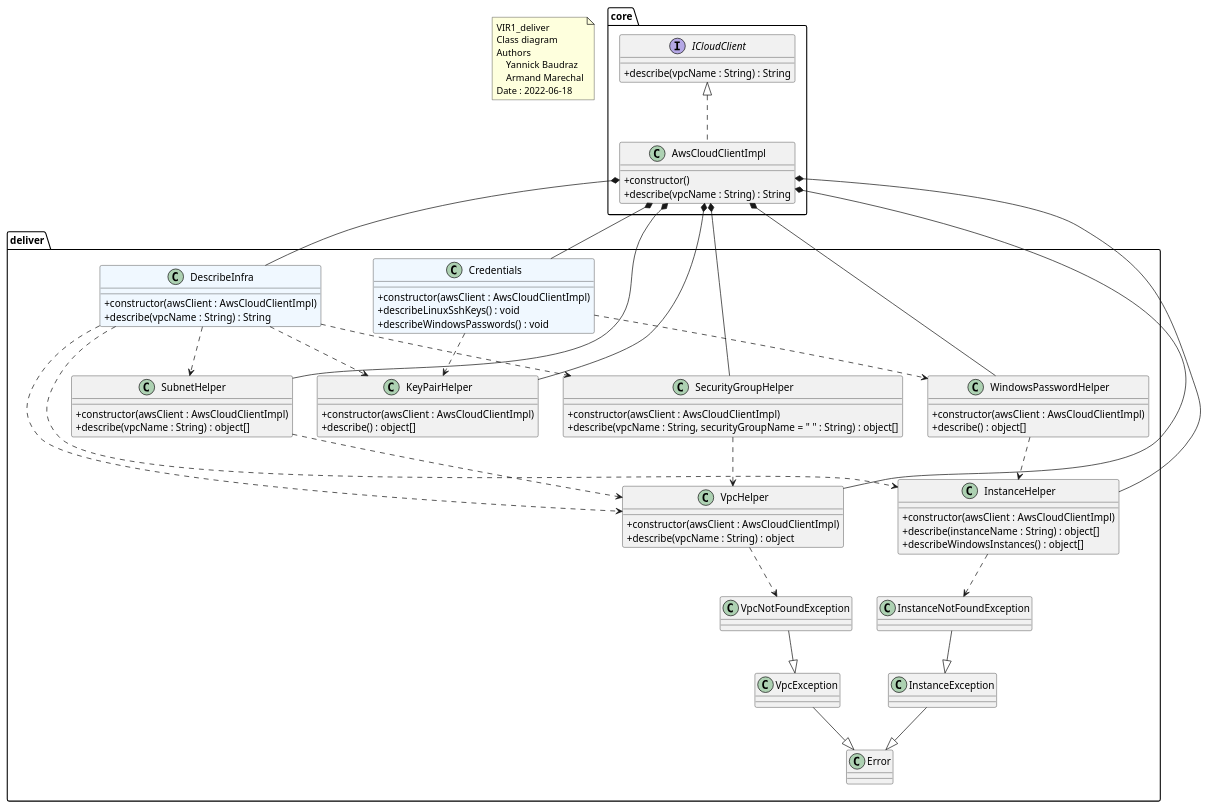
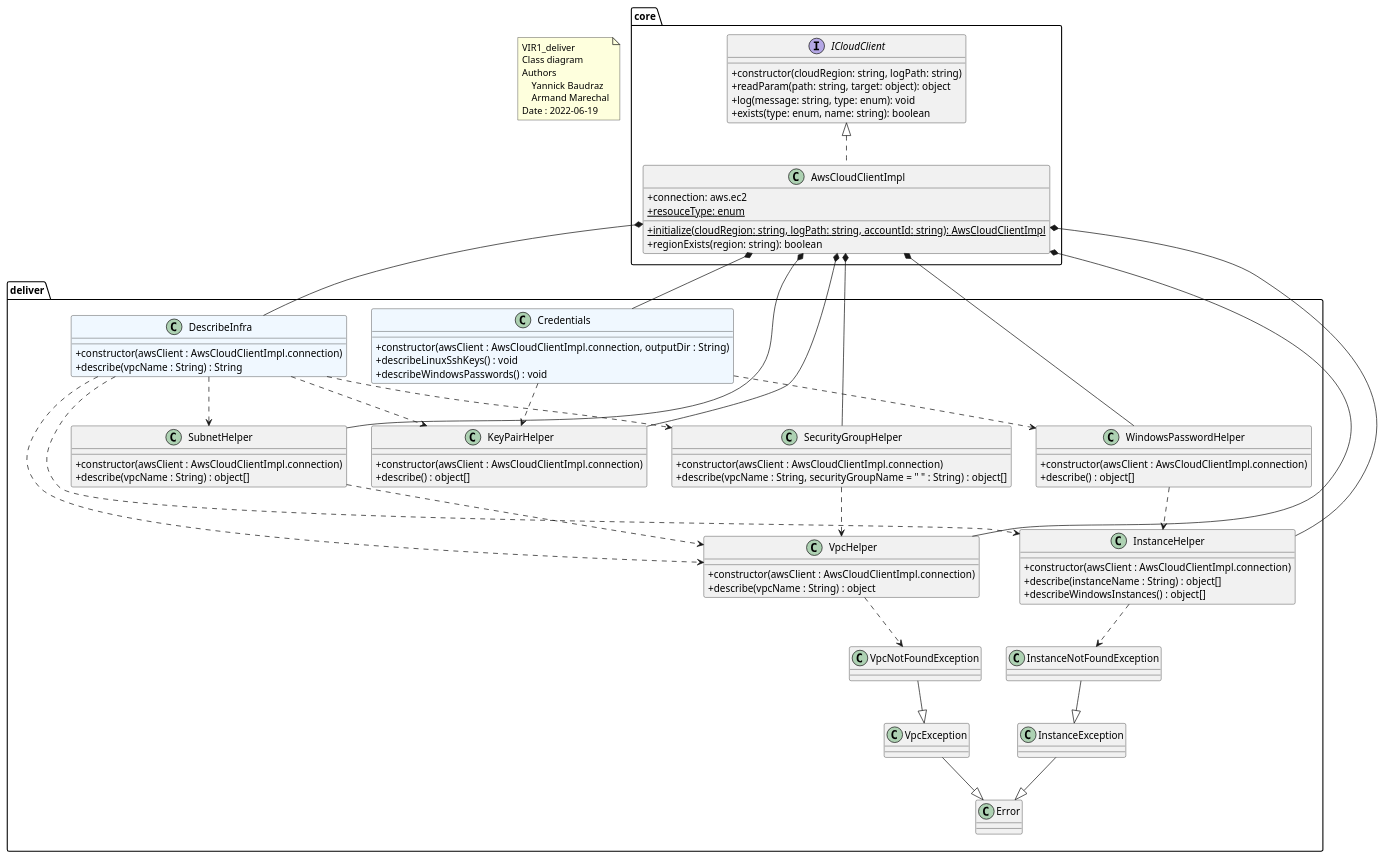
One commit to NicolasGlassey/VIR1-Deliver changed the diagram in docs/classes/class_deliver.puml. Above: the diagram before and after it, drawn with PlantUML. The commit also changed 2 other files, not shown here.

Commit message:
Update UML diagrams
Little spell fix

```diff
--- a/docs/classes/class_deliver.puml
+++ b/docs/classes/class_deliver.puml
@@ -1,106 +1,112 @@
 @startuml
 skinparam classAttributeIconSize 0
 
 note as t1
 VIR1_deliver
 Class diagram
 Authors
     Yannick Baudraz
     Armand Marechal
-Date : 2022-06-18
+Date : 2022-06-19
 end note
 
 package deliver {
     class Infra as "DescribeInfra" #aliceblue {
-        +constructor(awsClient : AwsCloudClientImpl)
+        +constructor(awsClient : AwsCloudClientImpl.connection)
         +describe(vpcName : String) : String
     }
 
     class Credentials #aliceblue {
-        +constructor(awsClient : AwsCloudClientImpl)
+        +constructor(awsClient : AwsCloudClientImpl.connection, outputDir : String)
         +describeLinuxSshKeys() : void
         +describeWindowsPasswords() : void
     }
 
     class VpcHelper {
-        +constructor(awsClient : AwsCloudClientImpl)
+        +constructor(awsClient : AwsCloudClientImpl.connection)
         +describe(vpcName : String) : object
     }
 
     class SubnetHelper {
-        +constructor(awsClient : AwsCloudClientImpl)
+        +constructor(awsClient : AwsCloudClientImpl.connection)
         +describe(vpcName : String) : object[]
     }
 
     class SecurityGroupHelper {
-        +constructor(awsClient : AwsCloudClientImpl)
+        +constructor(awsClient : AwsCloudClientImpl.connection)
         +describe(vpcName : String, securityGroupName = " " : String) : object[]
     }
 
     class InstanceHelper {
-        +constructor(awsClient : AwsCloudClientImpl)
+        +constructor(awsClient : AwsCloudClientImpl.connection)
         +describe(instanceName : String) : object[]
         +describeWindowsInstances() : object[]
     }
 
     class KeyPairHelper {
-        +constructor(awsClient : AwsCloudClientImpl)
+        +constructor(awsClient : AwsCloudClientImpl.connection)
         +describe() : object[]
     }
 
     class WindowsPasswordHelper {
-        +constructor(awsClient : AwsCloudClientImpl)
+        +constructor(awsClient : AwsCloudClientImpl.connection)
         +describe() : object[]
     }
 
     together {
         class Error
         class VpcException
         class VpcNotFoundException
         class InstanceException
         class InstanceNotFoundException
     }
 }
 
 package core {
-    interface ICloudClient {
-        +describe(vpcName : String) : String
+    interface ICloudClient{
+        +constructor(cloudRegion: string, logPath: string)
+        +readParam(path: string, target: object): object
+        +log(message: string, type: enum): void
+        +exists(type: enum, name: string): boolean
     }
 
     class AwsCloudClientImpl implements ICloudClient {
-        +constructor()
-        +describe(vpcName : String) : String
+        +connection: aws.ec2
+        {static} +resouceType: enum
+
+        {static} +initialize(cloudRegion: string, logPath: string, accountId: string): AwsCloudClientImpl
+        +regionExists(region: string): boolean
     }
 }
 
 AwsCloudClientImpl *-- Infra
 AwsCloudClientImpl *-- Credentials
 AwsCloudClientImpl *-- VpcHelper
 AwsCloudClientImpl *-- SubnetHelper
 AwsCloudClientImpl *-- SecurityGroupHelper
 AwsCloudClientImpl *-- InstanceHelper
 AwsCloudClientImpl *-- KeyPairHelper
 AwsCloudClientImpl *-- WindowsPasswordHelper
 
 Infra ..> VpcHelper
 Infra ..> SubnetHelper
 Infra ..> SecurityGroupHelper
 Infra ..> InstanceHelper
 Infra ..> KeyPairHelper
 
 Credentials ..> WindowsPasswordHelper
 Credentials ..> KeyPairHelper
 
 VpcException --|> Error
 VpcNotFoundException --|> VpcException
 InstanceException --|> Error
 InstanceNotFoundException --|> InstanceException
 
 SubnetHelper ..> VpcHelper
 SecurityGroupHelper ..> VpcHelper
 WindowsPasswordHelper ..> InstanceHelper
 
 VpcHelper ..> VpcNotFoundException
 InstanceHelper ..> InstanceNotFoundException
 
 @enduml
```
